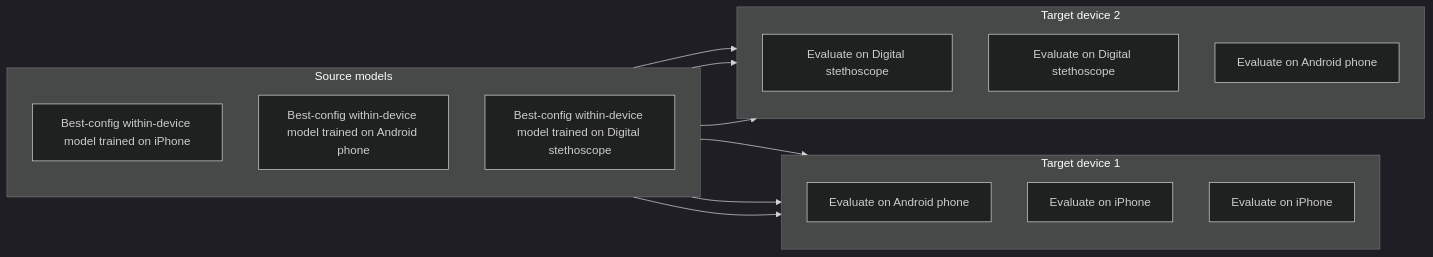
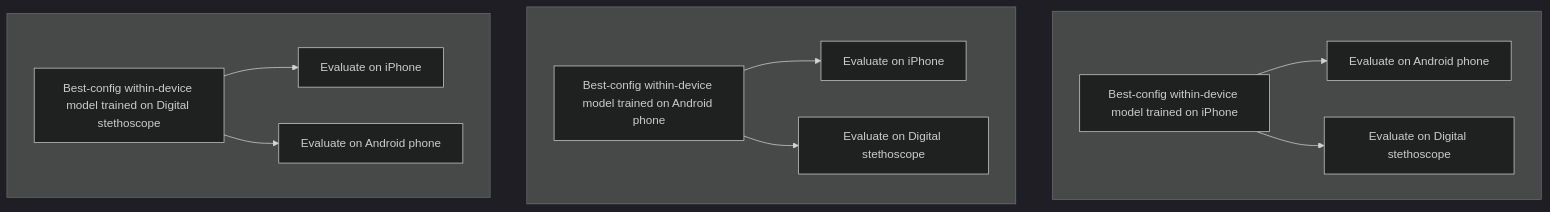
One commit to anywheredoor/phonocardiogram-lvef-deeplearning changed the second of 3 diagrams in README.md. Above: the diagram before and after it, drawn with Mermaid (dark theme). The commit also changed other lines of this file, not shown here.

Commit message:
Refine README workflow diagrams

````diff
--- a/README.md
+++ b/README.md
@@ -150,27 +151,27 @@
 ```mermaid
-flowchart LR
-    subgraph SRC["Source models"]
-        direction TB
+flowchart TB
+    subgraph R1[" "]
+        direction LR
         A["Best-config within-device model trained on iPhone"]
-        C["Best-config within-device model trained on Android phone"]
-        E["Best-config within-device model trained on Digital stethoscope"]
+        A1["Evaluate on Android phone"]
+        A2["Evaluate on Digital stethoscope"]
+        A --> A1
+        A --> A2
     end
-    subgraph T1["Target device 1"]
-        direction TB
-        B1["Evaluate on Android phone"]
-        D1["Evaluate on iPhone"]
-        F1["Evaluate on iPhone"]
+    subgraph R2[" "]
+        direction LR
+        B["Best-config within-device model trained on Android phone"]
+        B1["Evaluate on iPhone"]
+        B2["Evaluate on Digital stethoscope"]
+        B --> B1
+        B --> B2
     end
-    subgraph T2["Target device 2"]
-        direction TB
-        B2["Evaluate on Digital stethoscope"]
-        D2["Evaluate on Digital stethoscope"]
-        F2["Evaluate on Android phone"]
+    subgraph R3[" "]
+        direction LR
+        C["Best-config within-device model trained on Digital stethoscope"]
+        C1["Evaluate on iPhone"]
+        C2["Evaluate on Android phone"]
+        C --> C1
+        C --> C2
     end
-    A --> B1
-    A --> B2
-    C --> D1
-    C --> D2
-    E --> F1
-    E --> F2
 ```
````
